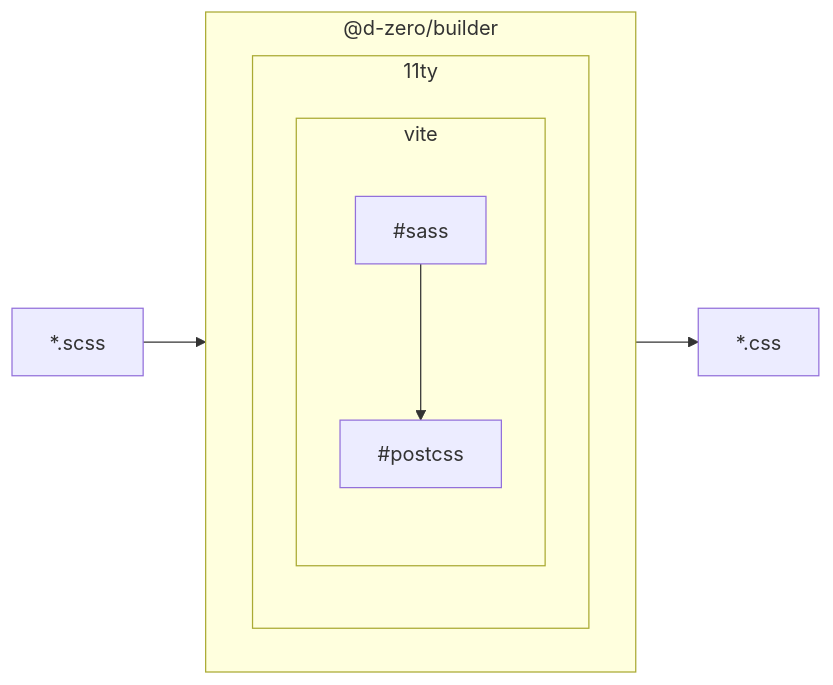
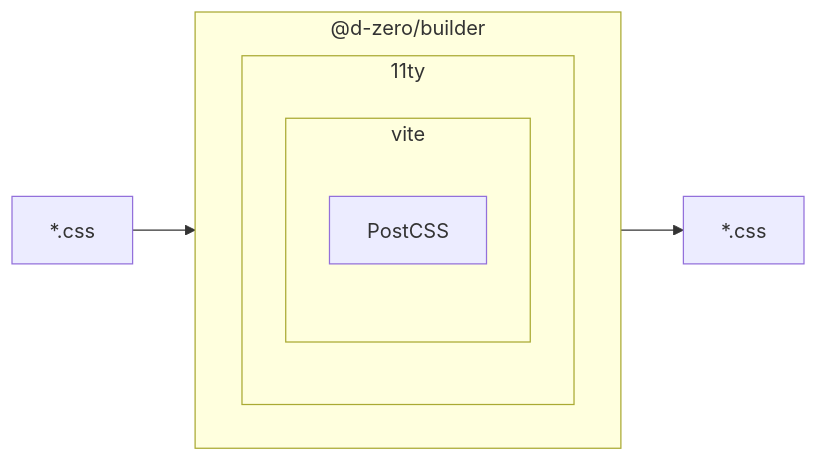
The diagram in src/css/builder.md (d-zero-dev/frontend-guidelines), drawn with Mermaid before and after one commit. The commit also changed other lines of this file and 1 other file, not shown here.

Commit message:
Update CSS builder and structure documentation to remove SASS references

````diff
--- a/src/css/builder.md
+++ b/src/css/builder.md
@@ -5,19 +5,19 @@
 ```mermaid
 flowchart LR
-	#in["*.scss"]
+	#in["*.css"]
 	#out["*.css"]
 	#vite(["Vite"])
 
 	#in --> #dzBuilder --> #out
 
 	subgraph #dzBuilder["@d-zero/builder"]
 		direction LR
 
 		subgraph #11ty["11ty"]
 			subgraph #vite["vite"]
 				direction TB
-				#sass --> #postcss
+				#postcss["PostCSS"]
 			end
 		end
 	end
 ```
````
